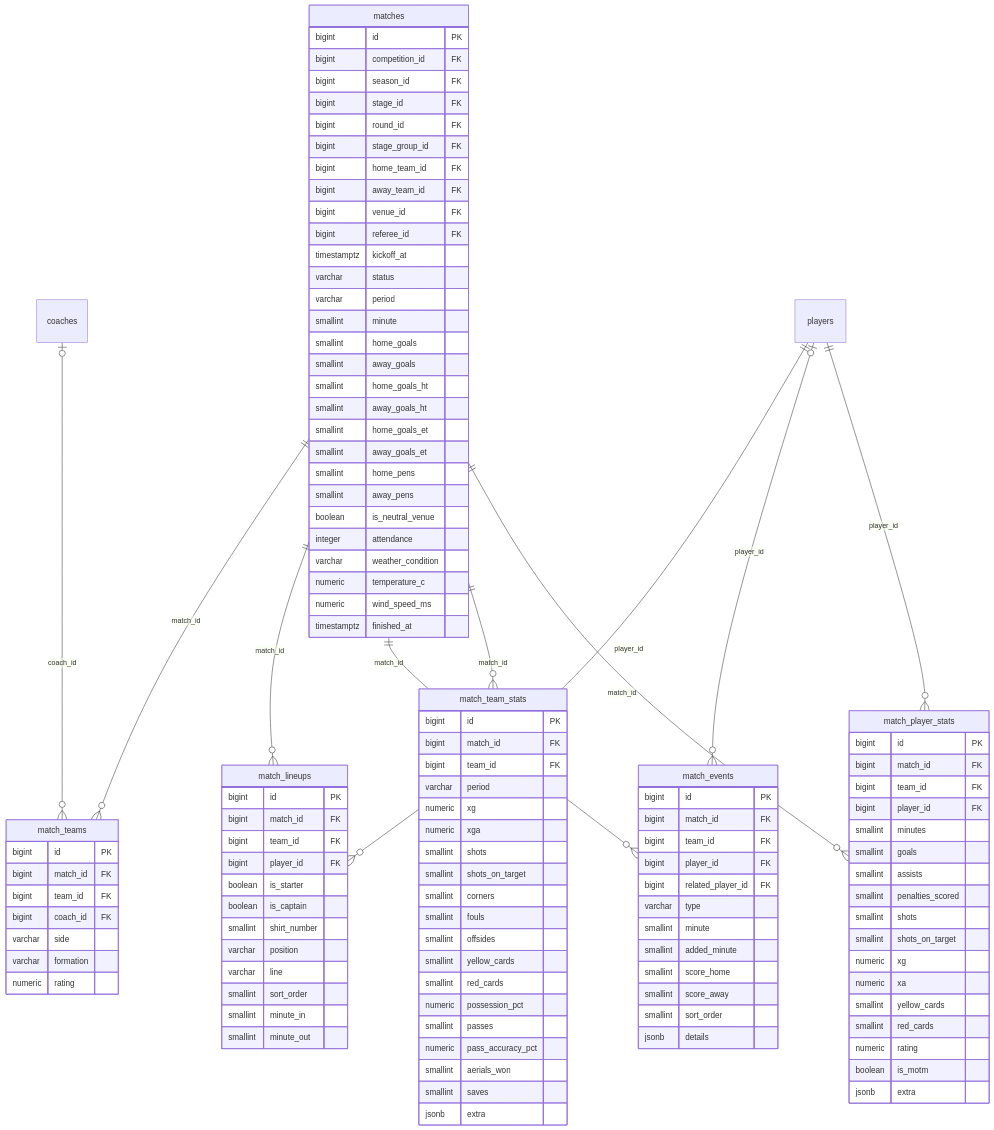
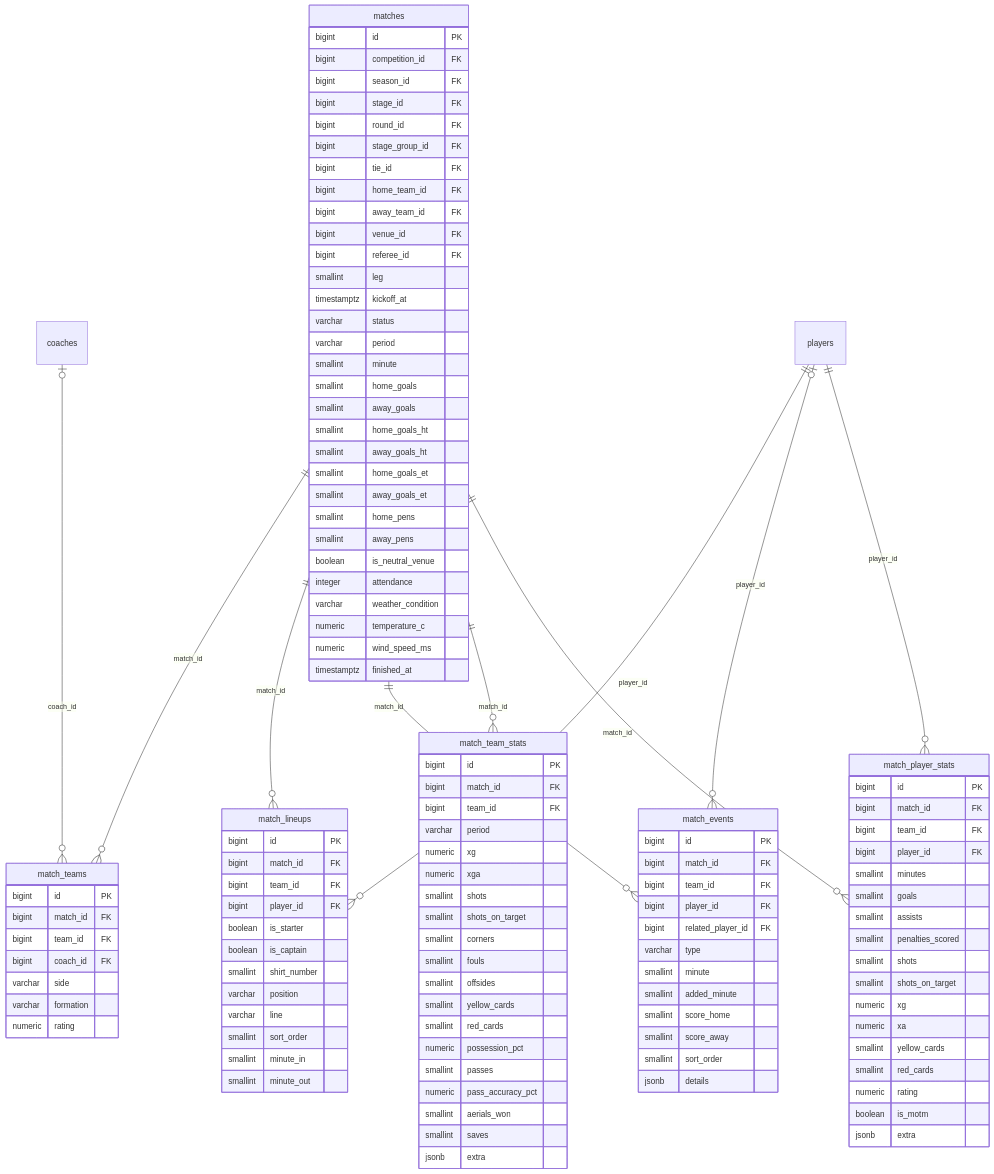
The third of 7 diagrams in docs/database/schema.md (ivcDark/matchiq), drawn with Mermaid before and after one commit. The commit also changed other lines of this file and 3 other files, not shown here.

```diff
--- a/docs/database/schema.md
+++ b/docs/database/schema.md
@@ -218,10 +272,12 @@
         bigint stage_id FK
         bigint round_id FK
         bigint stage_group_id FK
+        bigint tie_id FK
         bigint home_team_id FK
         bigint away_team_id FK
         bigint venue_id FK
         bigint referee_id FK
+        smallint leg
         timestamptz kickoff_at
         varchar status
         varchar period
```
